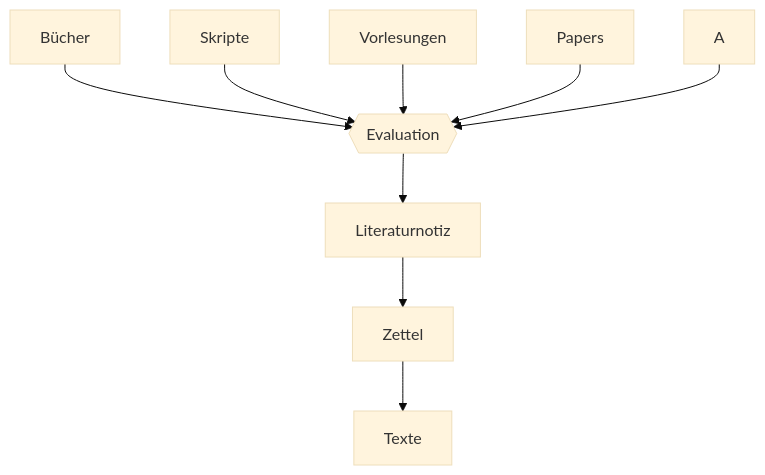
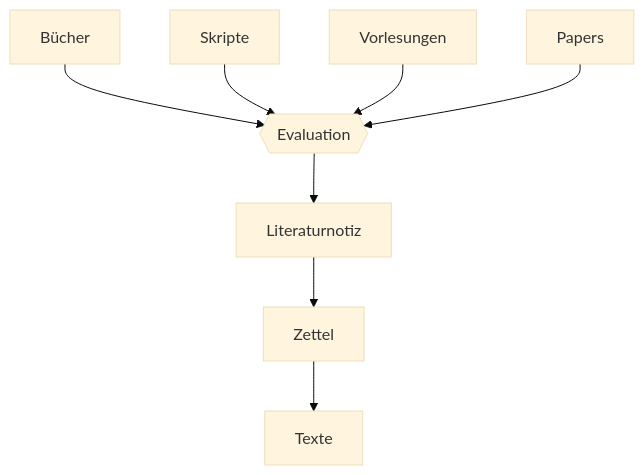
The diagram in System/Informationsverarbeitung.md (julianstoerig/zettelkasten), drawn with Mermaid (base theme) before and after one commit.

Commit message:
automatic version-control: 2021-01-11 22:29:50

````diff
--- a/System/Informationsverarbeitung.md
+++ b/System/Informationsverarbeitung.md
@@ -1,20 +1,21 @@
 ```mermaid
 graph TD;
 
 B["Bücher"]
 S["Skripte"]
 V["Vorlesungen"]
 P["Papers"]
 
 E{{"Evaluation"}}
 
+
 L["Literaturnotiz"]
 Z["Zettel"]
 T["Texte"]
-B & S & V & P & A --> E
+B & S & V & P --> E
 
 E --> L
 L --> Z
 Z --> T
 
 ```
````
